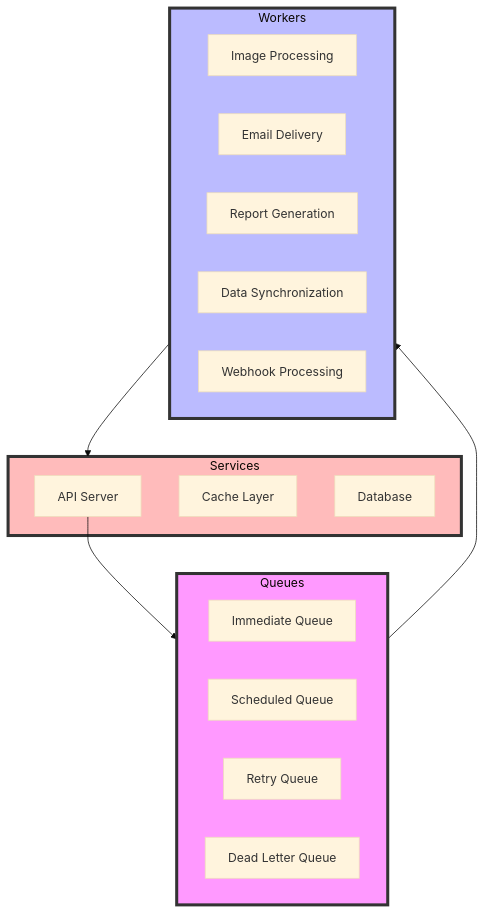
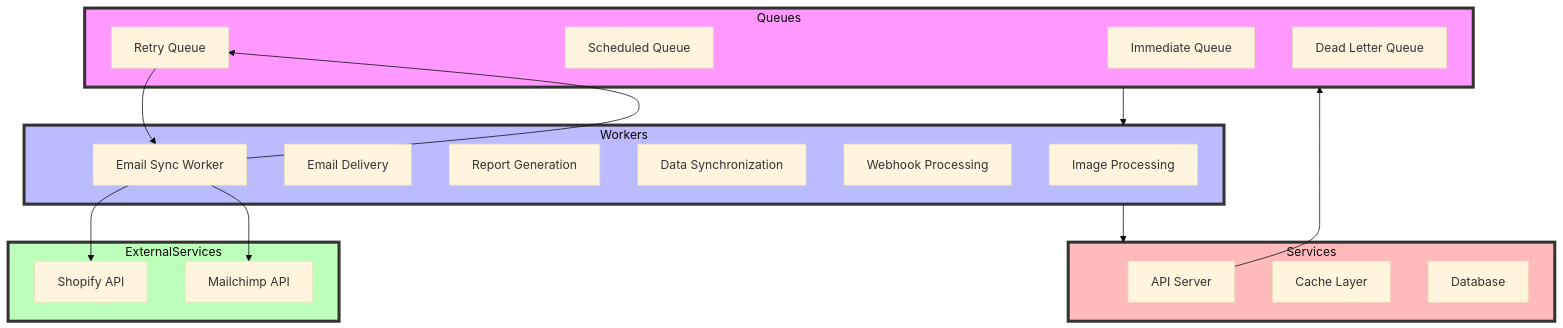
One commit to atEverychance/ProjectCR changed the diagram in docs/diagrams/processing-architecture.mmd. Above: the diagram before and after it, drawn with Mermaid (base theme). The commit also changed 13 other files, not shown here.

```diff
--- a/docs/diagrams/processing-architecture.mmd
+++ b/docs/diagrams/processing-architecture.mmd
@@ -1,29 +1,41 @@
 flowchart TD
     subgraph Queues
         Immediate[Immediate Queue]
         Scheduled[Scheduled Queue]
         Retry[Retry Queue]
         DeadLetter[Dead Letter Queue]
     end
 
     subgraph Workers
         Image[Image Processing]
         Email[Email Delivery]
         Report[Report Generation]
         Sync[Data Synchronization]
         Webhook[Webhook Processing]
+        EmailSync[Email Sync Worker]
     end
 
     subgraph Services
         API[API Server]
         Cache[Cache Layer]
         Database[Database]
     end
 
+    subgraph ExternalServices
+        Shopify[Shopify API]
+        Mailchimp[Mailchimp API]
+    end
+
     API --> Queues
     Queues --> Workers
     Workers --> Services
+    
+    EmailSync --> Shopify
+    EmailSync --> Mailchimp
+    EmailSync --> Retry
+    Retry --> EmailSync
 
     style Queues fill:#f9f,stroke:#333,stroke-width:4px
     style Workers fill:#bbf,stroke:#333,stroke-width:4px
     style Services fill:#fbb,stroke:#333,stroke-width:4px
+    style ExternalServices fill:#bfb,stroke:#333,stroke-width:4px
```
